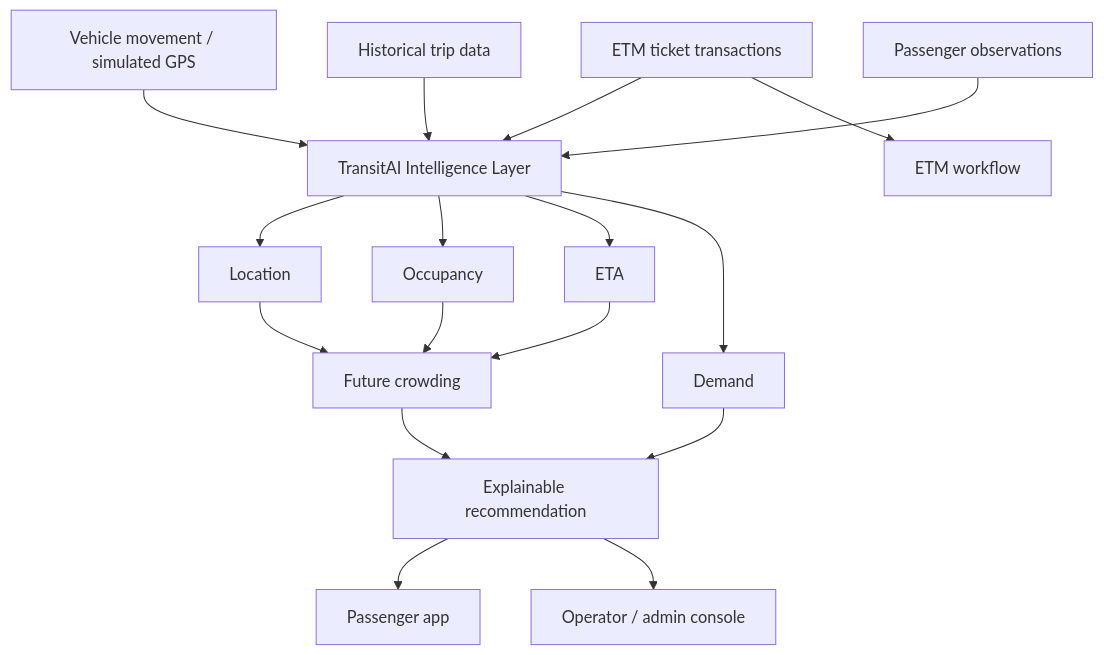
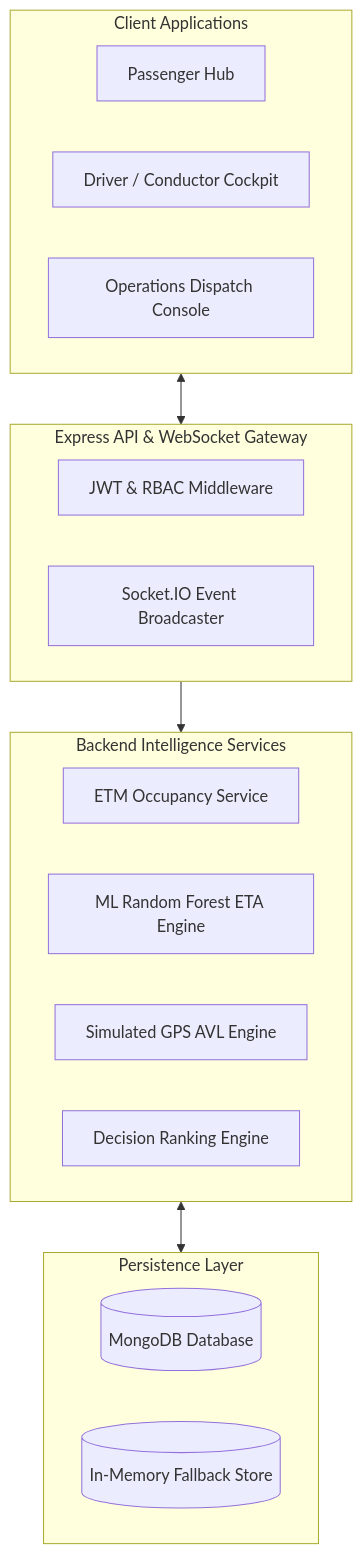
One commit to Manyashree1/TransitmeshAI changed the second of 2 diagrams in README.md. Above: the diagram before and after it, drawn with Mermaid. The commit also changed other lines of this file and 21 other files, not shown here.

````diff
--- a/README.md
+++ b/README.md
@@ -43,19 +88,29 @@
 ```mermaid
 flowchart TD
-    A[Vehicle movement / simulated GPS] --> B[TransitAI Intelligence Layer]
-    C[ETM ticket transactions] --> B
-    D[Historical trip data] --> B
-    E[Passenger observations] --> B
-    B --> F[Location]
-    B --> G[Occupancy]
-    B --> H[ETA]
-    B --> I[Demand]
-    F --> J[Future crowding]
-    G --> J
-    H --> J
-    I --> K[Explainable recommendation]
-    J --> K
-    K --> L[Passenger app]
-    K --> M[Operator / admin console]
-    C --> N[ETM workflow]
+    subgraph ClientLayer [Client Applications]
+        P[Passenger Hub]
+        D[Driver / Conductor Cockpit]
+        A[Operations Dispatch Console]
+    end
+
+    subgraph Gateway [Express API & WebSocket Gateway]
+        Auth[JWT & RBAC Middleware]
+        Sock[Socket.IO Event Broadcaster]
+    end
+
+    subgraph CoreServices [Backend Intelligence Services]
+        ETM[ETM Occupancy Service]
+        ETA[ML Random Forest ETA Engine]
+        AVL[Simulated GPS AVL Engine]
+        Rec[Decision Ranking Engine]
+    end
+
+    subgraph DataStore [Persistence Layer]
+        DB[(MongoDB Database)]
+        Mem[(In-Memory Fallback Store)]
+    end
+
+    ClientLayer <--> Gateway
+    Gateway --> CoreServices
+    CoreServices <--> DataStore
 ```
````
